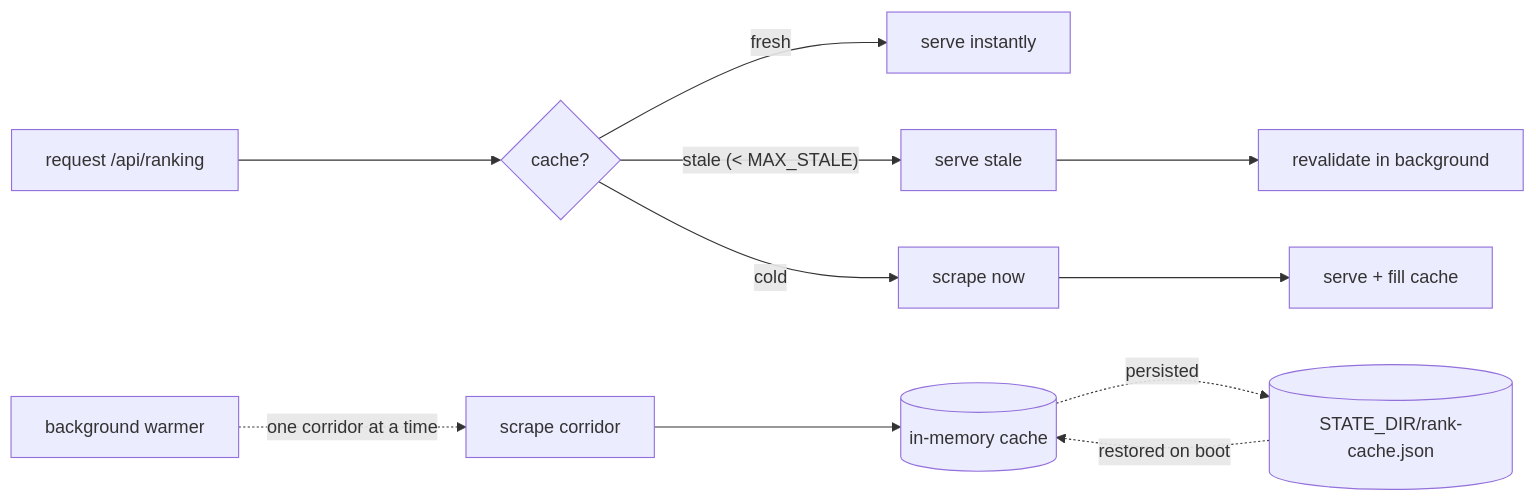
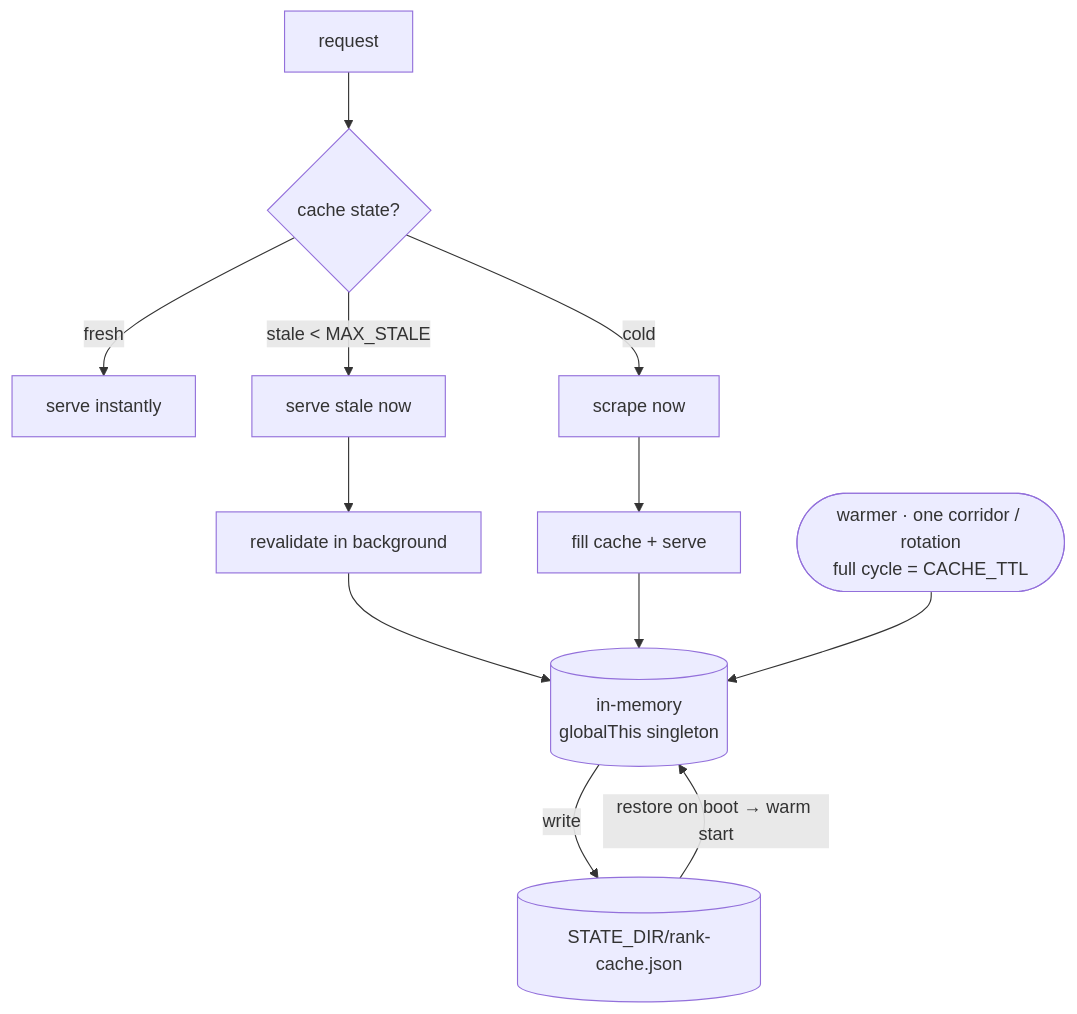
The fourth of 5 diagrams in README.md (Navong/rates-scrapper), drawn with Mermaid before and after one commit. The commit also changed other lines of this file, not shown here.

First line of the commit message:
docs: streamline README — diagram-forward (5 mermaid graphs)

````diff
--- a/README.md
+++ b/README.md
@@ -124,11 +109,13 @@
 ```mermaid
-flowchart LR
-    R[request /api/ranking] --> C{cache?}
-    C -- fresh --> S[serve instantly]
-    C -- stale (< MAX_STALE) --> S2[serve stale] --> BG[revalidate in background]
-    C -- cold --> F[scrape now] --> S3[serve + fill cache]
+flowchart TD
+    REQ[request] --> Q{cache state?}
+    Q -->|fresh| SERVE[serve instantly]
+    Q -->|stale < MAX_STALE| SS[serve stale now] --> REV[revalidate in background]
+    Q -->|cold| SCRAPE[scrape now] --> FILL[fill cache + serve]
+    REV --> MEM
+    FILL --> MEM
 
-    W[background warmer] -. one corridor at a time .-> SC[scrape corridor] --> MEM[(in-memory cache)]
-    MEM -. persisted .-> DISK[(STATE_DIR/rank-cache.json)]
-    DISK -. restored on boot .-> MEM
+    WARM([warmer · one corridor / rotation<br/>full cycle = CACHE_TTL]) --> MEM[("in-memory<br/>globalThis singleton")]
+    MEM -->|write| DISK[("STATE_DIR/rank-cache.json")]
+    DISK -->|restore on boot → warm start| MEM
 ```
````
